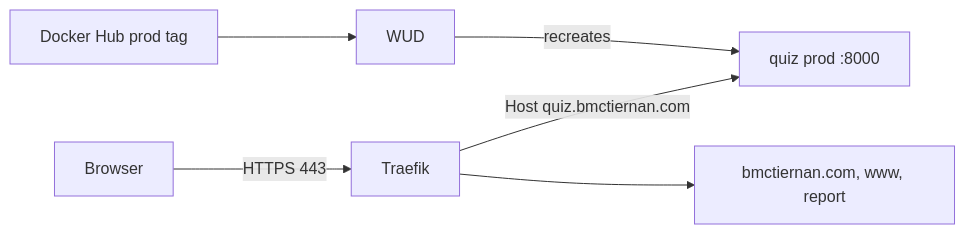
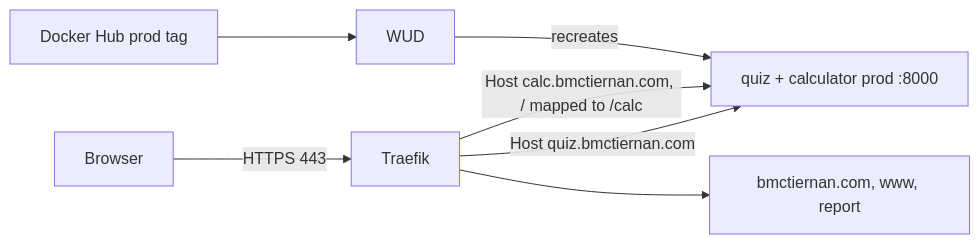
The diagram in docs/hosting.md (mcbridgeee/is373-ci-cd), drawn with Mermaid before and after one commit. The commit also changed other lines of this file and 3 other files, not shown here.

First line of the commit message:
docs: document the calculator and calc.bmctiernan.com (#44)

````diff
--- a/docs/hosting.md
+++ b/docs/hosting.md
@@ -14,8 +14,9 @@
 ```mermaid
 flowchart LR
     Browser -->|HTTPS 443| Traefik
-    Traefik -->|Host quiz.bmctiernan.com| Prod[quiz prod :8000]
+    Traefik -->|Host quiz.bmctiernan.com| Prod[quiz + calculator prod :8000]
+    Traefik -->|Host calc.bmctiernan.com, / mapped to /calc| Prod
     Traefik --> Sites[bmctiernan.com, www, report]
     Hub[Docker Hub prod tag] --> WUD
     WUD -->|recreates| Prod
 ```
````
